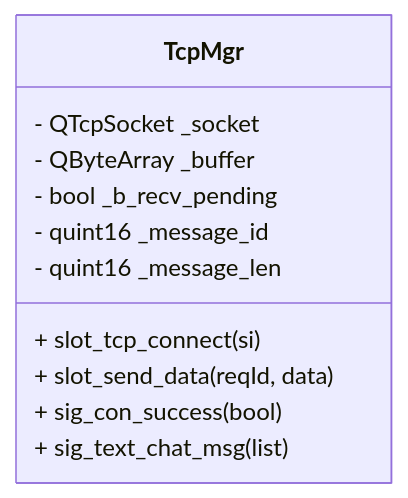
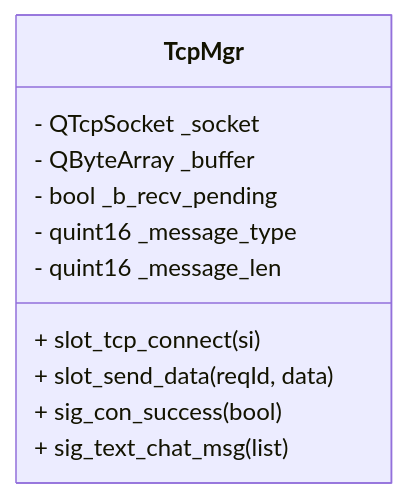
The fourth of 6 diagrams in .qoder/repowiki/zh/content/安全设计/网络安全防护/网络安全监控.md (echo9923/mychatter), drawn with Mermaid before and after one commit. The commit also changed other lines of this file and 128 other files, not shown here.

````diff
--- a/.qoder/repowiki/zh/content/安全设计/网络安全防护/网络安全监控.md
+++ b/.qoder/repowiki/zh/content/安全设计/网络安全防护/网络安全监控.md
@@ -157,14 +157,14 @@
 ```mermaid
 classDiagram
 class TcpMgr {
 - QTcpSocket _socket
 - QByteArray _buffer
 - bool _b_recv_pending
-- quint16 _message_id
+- quint16 _message_type
 - quint16 _message_len
 + slot_tcp_connect(si)
 + slot_send_data(reqId, data)
 + sig_con_success(bool)
 + sig_text_chat_msg(list)
 }
 ```
````
